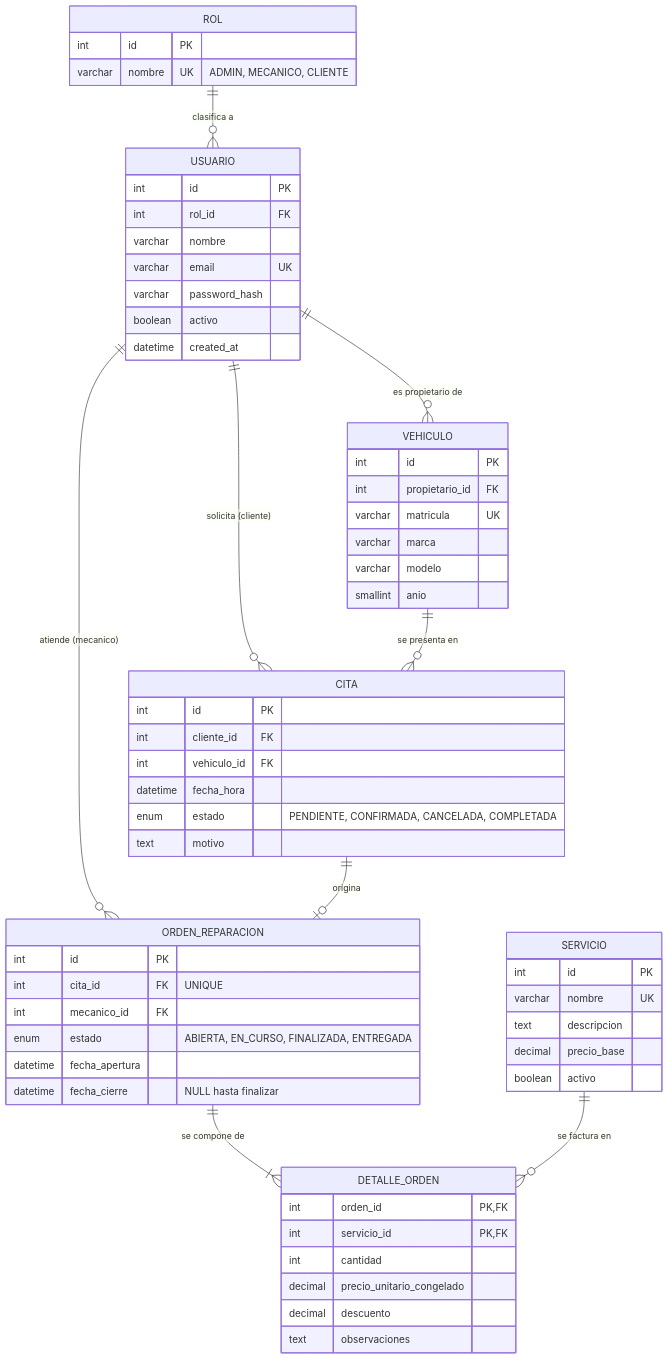
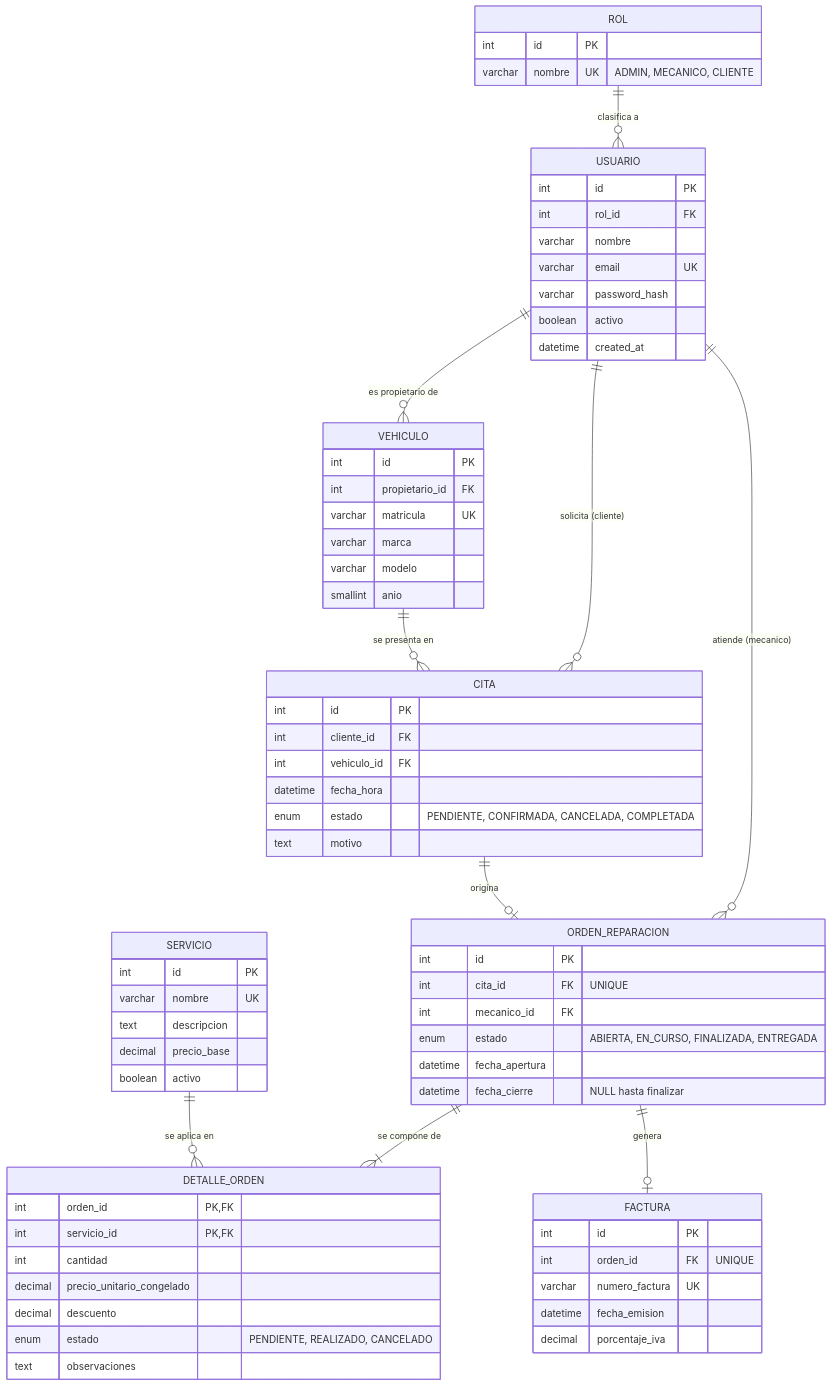
One commit to PabloLera92/daw-proyecto-referencia-gold changed the diagram in docs/der.md. Above: the diagram before and after it, drawn with Mermaid. The commit also changed other lines of this file and 7 other files, not shown here.

````diff
--- a/docs/der.md
+++ b/docs/der.md
@@ -5,64 +20,73 @@
 ```mermaid
 erDiagram
     ROL ||--o{ USUARIO : "clasifica a"
     USUARIO ||--o{ VEHICULO : "es propietario de"
     USUARIO ||--o{ CITA : "solicita (cliente)"
     USUARIO ||--o{ ORDEN_REPARACION : "atiende (mecanico)"
     VEHICULO ||--o{ CITA : "se presenta en"
     CITA ||--o| ORDEN_REPARACION : "origina"
     ORDEN_REPARACION ||--|{ DETALLE_ORDEN : "se compone de"
-    SERVICIO ||--o{ DETALLE_ORDEN : "se factura en"
+    SERVICIO ||--o{ DETALLE_ORDEN : "se aplica en"
+    ORDEN_REPARACION ||--o| FACTURA : "genera"
 
     ROL {
         int id PK
         varchar nombre UK "ADMIN, MECANICO, CLIENTE"
     }
     USUARIO {
         int id PK
         int rol_id FK
         varchar nombre
         varchar email UK
         varchar password_hash
         boolean activo
         datetime created_at
     }
     VEHICULO {
         int id PK
         int propietario_id FK
         varchar matricula UK
         varchar marca
         varchar modelo
         smallint anio
     }
     SERVICIO {
         int id PK
         varchar nombre UK
         text descripcion
         decimal precio_base
         boolean activo
     }
     CITA {
         int id PK
         int cliente_id FK
         int vehiculo_id FK
         datetime fecha_hora
         enum estado "PENDIENTE, CONFIRMADA, CANCELADA, COMPLETADA"
         text motivo
     }
     ORDEN_REPARACION {
         int id PK
         int cita_id FK "UNIQUE"
         int mecanico_id FK
         enum estado "ABIERTA, EN_CURSO, FINALIZADA, ENTREGADA"
         datetime fecha_apertura
         datetime fecha_cierre "NULL hasta finalizar"
     }
     DETALLE_ORDEN {
         int orden_id PK, FK
         int servicio_id PK, FK
         int cantidad
         decimal precio_unitario_congelado
         decimal descuento
+        enum estado "PENDIENTE, REALIZADO, CANCELADO"
         text observaciones
     }
+    FACTURA {
+        int id PK
+        int orden_id FK "UNIQUE"
+        varchar numero_factura UK
+        datetime fecha_emision
+        decimal porcentaje_iva
+    }
 ```
````
